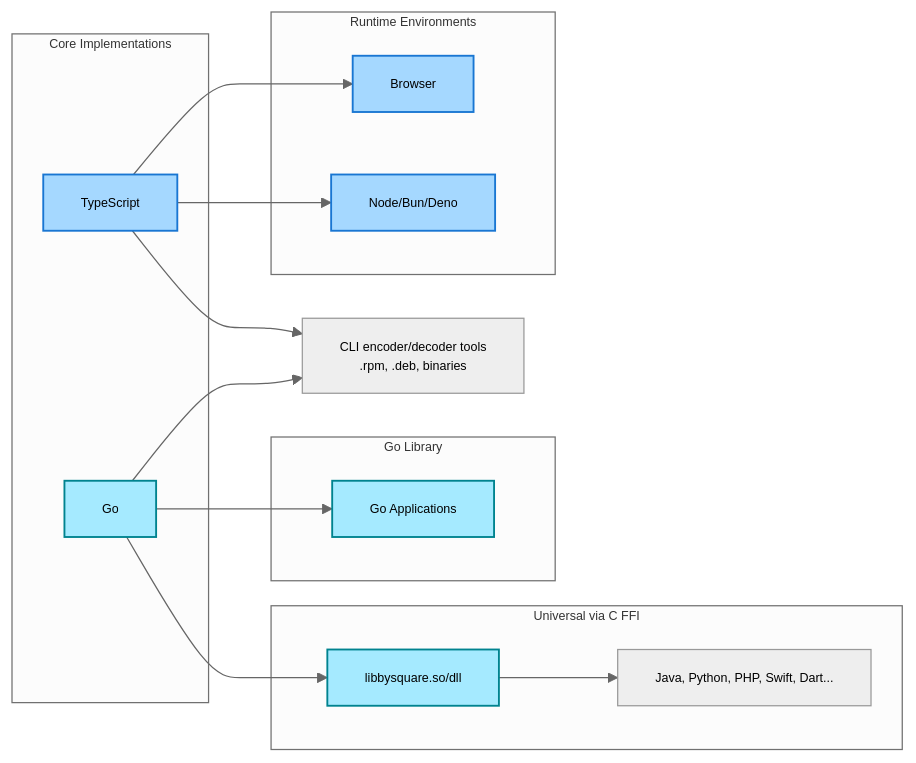
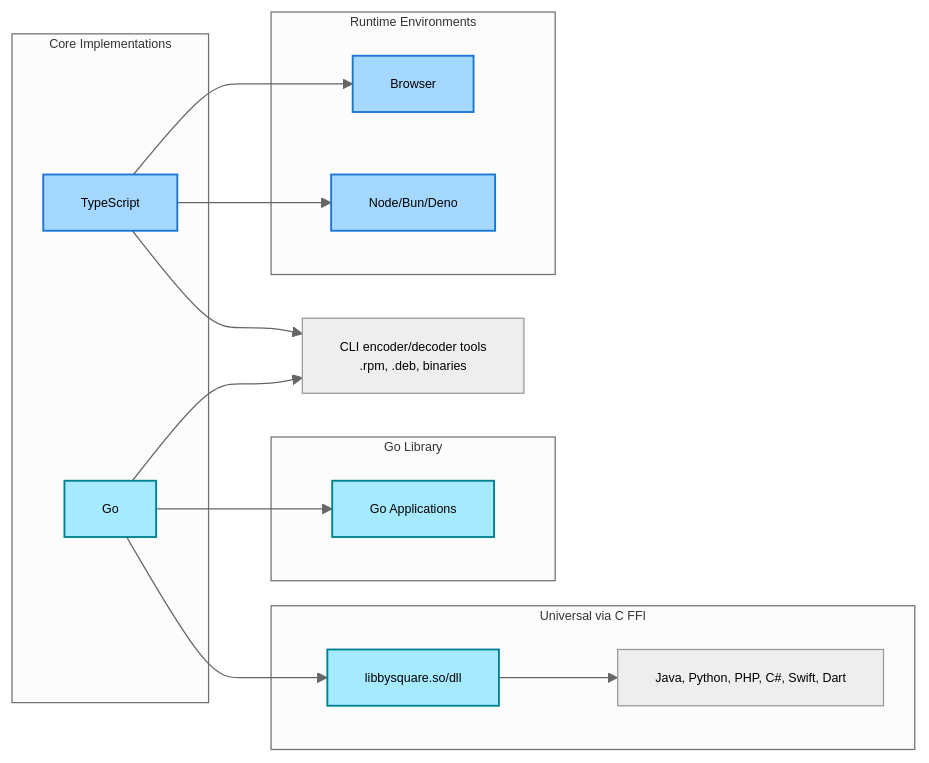
One commit to xseman/bysquare changed the first of 4 diagrams in README.md. Above: the diagram before and after it, drawn with Mermaid. The commit also changed other lines of this file, not shown here.

Commit message:
docs: update FFI examples

````diff
--- a/README.md
+++ b/README.md
@@ -49,39 +49,39 @@
 ```mermaid
 ---
 config:
   theme: neutral
   themeVariables:
     fontFamily: monospace
     fontSize: "10px"
 ---
 
 flowchart LR
     subgraph Core["Core Implementations"]
         TS[TypeScript]
         GO[Go]
     end
 
     subgraph Runtime["Runtime Environments"]
         TS --> Browser
         TS --> Node/Bun/Deno
     end
 
     TS & GO --> CLI[CLI encoder/decoder tools<br/>.rpm, .deb, binaries]
 
     subgraph Native["Go Library"]
         GO --> GO_LIB[Go Applications]
     end
 
     subgraph FFI["Universal via C FFI"]
         GO --> CFFI[libbysquare.so/dll]
-        CFFI --> ANY[Java, Python, PHP, Swift, Dart...]
+        CFFI --> ANY[Java, Python, PHP, C#, Swift, Dart]
     end
 
     style TS            fill:#A5D8FF, stroke:#1976D2, stroke-width:1.5px
     style Browser       fill:#A5D8FF, stroke:#1976D2, stroke-width:1.5px
     style Node/Bun/Deno fill:#A5D8FF, stroke:#1976D2, stroke-width:1.5px
 
     style GO      fill:#A5EAFF, stroke:#00838F, stroke-width:1.5px
     style GO_LIB  fill:#A5EAFF, stroke:#00838F, stroke-width:1.5px
     style CFFI    fill:#A5EAFF, stroke:#00838F, stroke-width:1.5px
 ```
````
